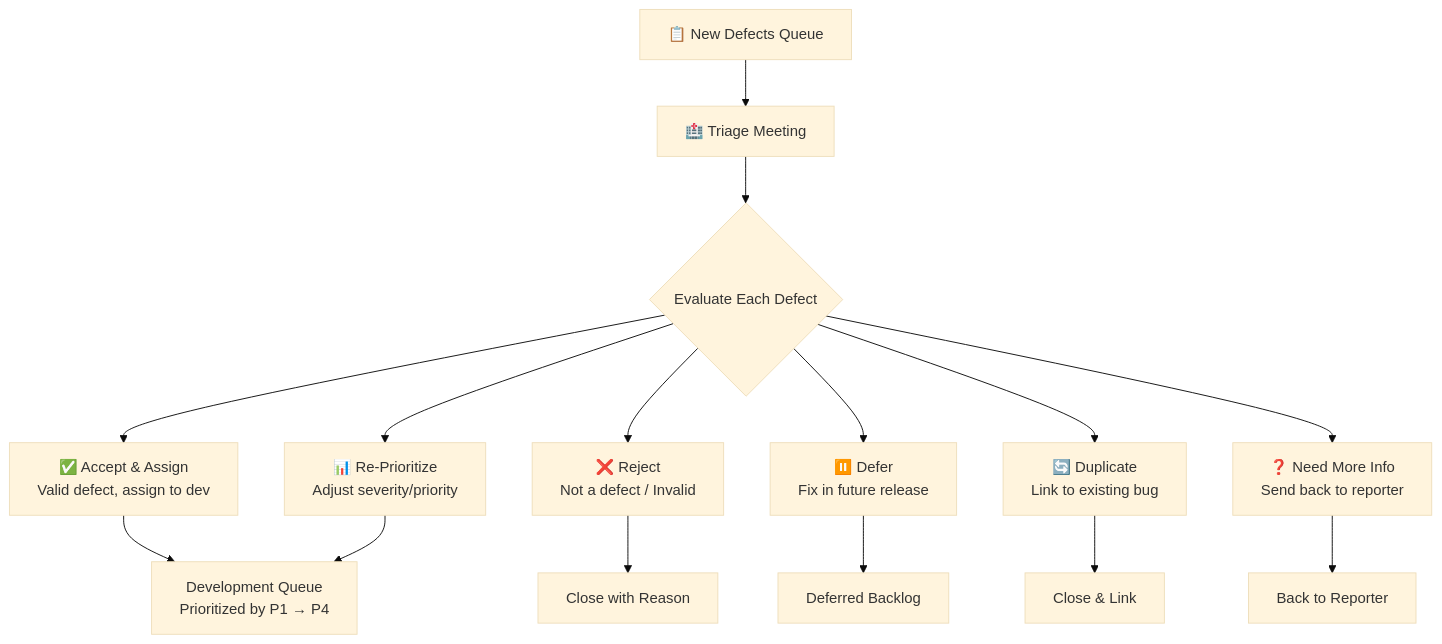
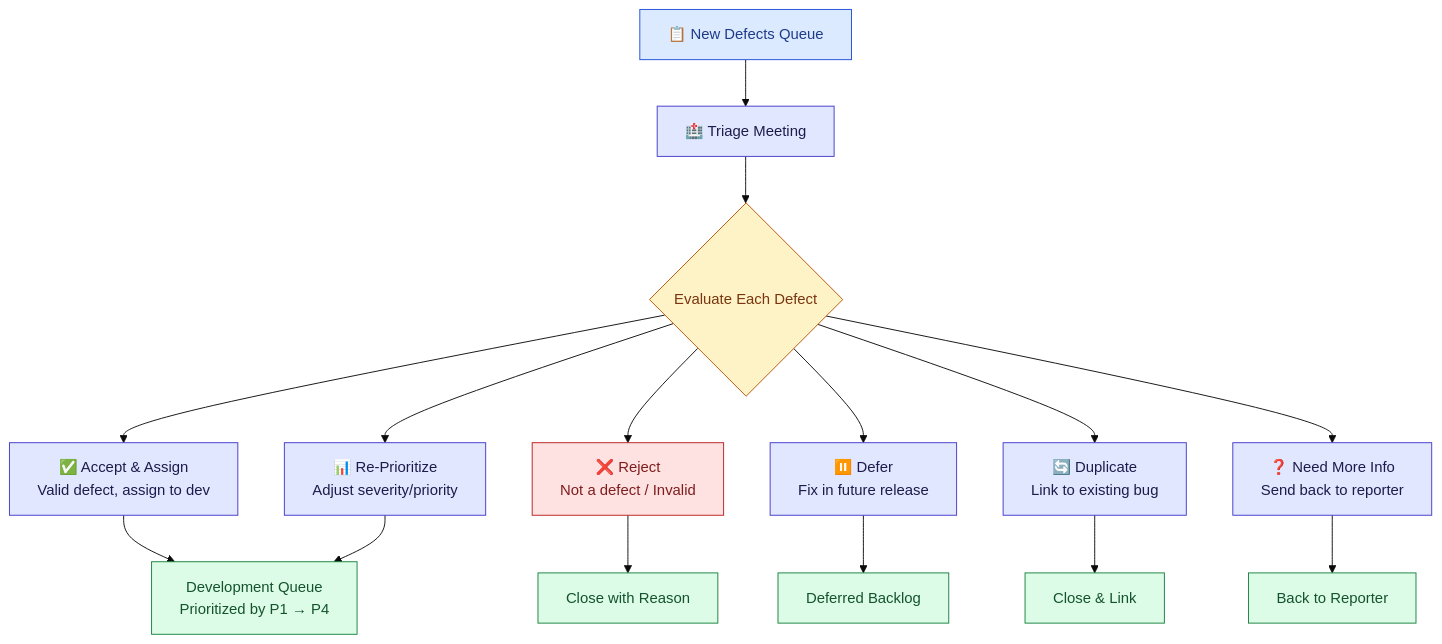
One commit to ghanendra-sdet/manual-testing-playbook changed the eighth of 8 diagrams in Part_07_Defect_Bug_Life_Cycle.md. Above: the diagram before and after it, drawn with Mermaid (base theme). The commit also changed other lines of this file and 15 other files, not shown here.

Commit message:
Fix broken routes and anchors; update OWASP 2025, ISTQB v4.0, WCAG 2.2, Jira/Zephyr naming and pricing; style diagrams

````diff
--- a/Part_07_Defect_Bug_Life_Cycle.md
+++ b/Part_07_Defect_Bug_Life_Cycle.md
@@ -1751,19 +1782,30 @@
 ```mermaid
 flowchart TD
     A["📋 New Defects Queue"] --> B["🏥 Triage Meeting"]
     B --> C{"Evaluate Each Defect"}
 
     C --> D["✅ Accept & Assign<br/>Valid defect, assign to dev"]
     C --> E["❌ Reject<br/>Not a defect / Invalid"]
     C --> F["⏸️ Defer<br/>Fix in future release"]
     C --> G["🔄 Duplicate<br/>Link to existing bug"]
     C --> H["❓ Need More Info<br/>Send back to reporter"]
     C --> I["📊 Re-Prioritize<br/>Adjust severity/priority"]
 
     D --> J["Development Queue<br/>Prioritized by P1 → P4"]
     E --> K["Close with Reason"]
     F --> L["Deferred Backlog"]
     G --> M["Close & Link"]
     H --> N["Back to Reporter"]
     I --> J
+
+    classDef start fill:#dbeafe,stroke:#1d4ed8,color:#1e3a8a
+    classDef step fill:#e0e7ff,stroke:#4338ca,color:#1e1b4b
+    classDef decision fill:#fef3c7,stroke:#b45309,color:#78350f
+    classDef good fill:#dcfce7,stroke:#15803d,color:#14532d
+    classDef bad fill:#fee2e2,stroke:#b91c1c,color:#7f1d1d
+    class A start
+    class B,D,F,G,H,I step
+    class C decision
+    class E bad
+    class J,K,L,M,N good
 ```
````
